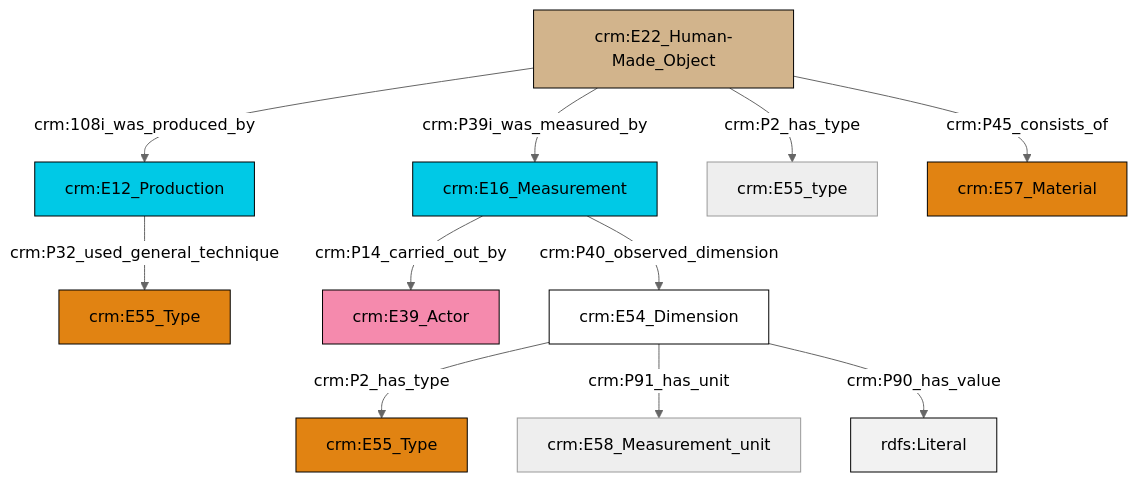
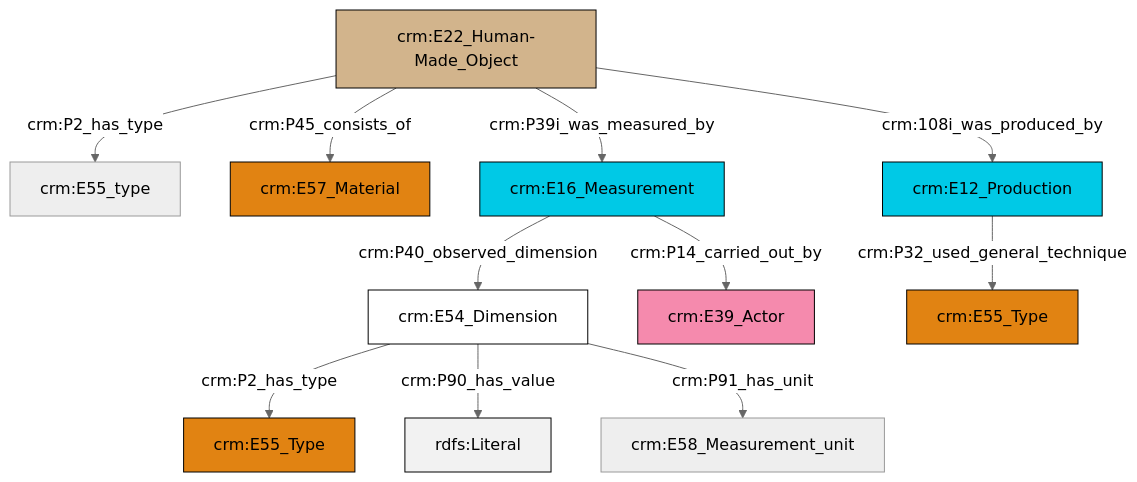
The diagram in et/artworkCSV/ttl/mmd/Artwork_substance.ttl.mmd (swiss-art-research-net/docs.swissartresearch), drawn with Mermaid (neutral theme) before and after one commit. The commit also changed 415 other files, not shown here.

```diff
--- a/et/artworkCSV/ttl/mmd/Artwork_substance.ttl.mmd
+++ b/et/artworkCSV/ttl/mmd/Artwork_substance.ttl.mmd
@@ -1,25 +1,25 @@
 graph TD
 classDef Literal fill:#f2f2f2,stroke:#000000;
 classDef CRM_Entity fill:#FFFFFF,stroke:#000000;
 classDef Temporal_Entity fill:#00C9E6, stroke:#000000;
 classDef Type fill:#E18312, stroke:#000000;
 classDef Time-Span fill:#2C9C91, stroke:#000000;
 classDef Appellation fill:#FFEB7F, stroke:#000000;
 classDef Place fill:#008836, stroke:#000000;
 classDef Persistent_Item fill:#B266B2, stroke:#000000;
 classDef Conceptual_Object fill:#FFD700, stroke:#000000;
 classDef Physical_Thing fill:#D2B48C, stroke:#000000;
 classDef Actor fill:#f58aad, stroke:#000000;
 classDef PC_Classes fill:#4ce600, stroke:#000000;
 classDef Multi fill:#cccccc,stroke:#000000;
 
-2["crm:E22_Human-Made_Object"]:::Physical_Thing -->|crm:108i_was_produced_by| 3["crm:E12_Production"]:::Temporal_Entity
-3["crm:E12_Production"]:::Temporal_Entity -->|crm:P32_used_general_technique| 12["crm:E55_Type"]:::Type
-2["crm:E22_Human-Made_Object"]:::Physical_Thing -->|crm:P39i_was_measured_by| 8["crm:E16_Measurement"]:::Temporal_Entity
-6["crm:E54_Dimension"]:::CRM_Entity -->|crm:P2_has_type| 14["crm:E55_Type"]:::Type
-6["crm:E54_Dimension"]:::CRM_Entity -->|crm:P91_has_unit| 0["crm:E58_Measurement_unit"]:::Default
-8["crm:E16_Measurement"]:::Temporal_Entity -->|crm:P14_carried_out_by| 15["crm:E39_Actor"]:::Actor
-2["crm:E22_Human-Made_Object"]:::Physical_Thing -->|crm:P2_has_type| 18["crm:E55_type"]:::Default
-8["crm:E16_Measurement"]:::Temporal_Entity -->|crm:P40_observed_dimension| 6["crm:E54_Dimension"]:::CRM_Entity
-2["crm:E22_Human-Made_Object"]:::Physical_Thing -->|crm:P45_consists_of| 10["crm:E57_Material"]:::Type
-6["crm:E54_Dimension"]:::CRM_Entity -->|crm:P90_has_value| 20[rdfs:Literal]:::Literal
+0["crm:E22_Human-Made_Object"]:::Physical_Thing -->|crm:P2_has_type| 1["crm:E55_type"]:::Default
+2["crm:E54_Dimension"]:::CRM_Entity -->|crm:P2_has_type| 3["crm:E55_Type"]:::Type
+9["crm:E16_Measurement"]:::Temporal_Entity -->|crm:P14_carried_out_by| 7["crm:E39_Actor"]:::Actor
+0["crm:E22_Human-Made_Object"]:::Physical_Thing -->|crm:P45_consists_of| 4["crm:E57_Material"]:::Type
+10["crm:E12_Production"]:::Temporal_Entity -->|crm:P32_used_general_technique| 11["crm:E55_Type"]:::Type
+9["crm:E16_Measurement"]:::Temporal_Entity -->|crm:P40_observed_dimension| 2["crm:E54_Dimension"]:::CRM_Entity
+0["crm:E22_Human-Made_Object"]:::Physical_Thing -->|crm:P39i_was_measured_by| 9["crm:E16_Measurement"]:::Temporal_Entity
+2["crm:E54_Dimension"]:::CRM_Entity -->|crm:P90_has_value| 13[rdfs:Literal]:::Literal
+2["crm:E54_Dimension"]:::CRM_Entity -->|crm:P91_has_unit| 14["crm:E58_Measurement_unit"]:::Default
+0["crm:E22_Human-Made_Object"]:::Physical_Thing -->|crm:108i_was_produced_by| 10["crm:E12_Production"]:::Temporal_Entity
```
